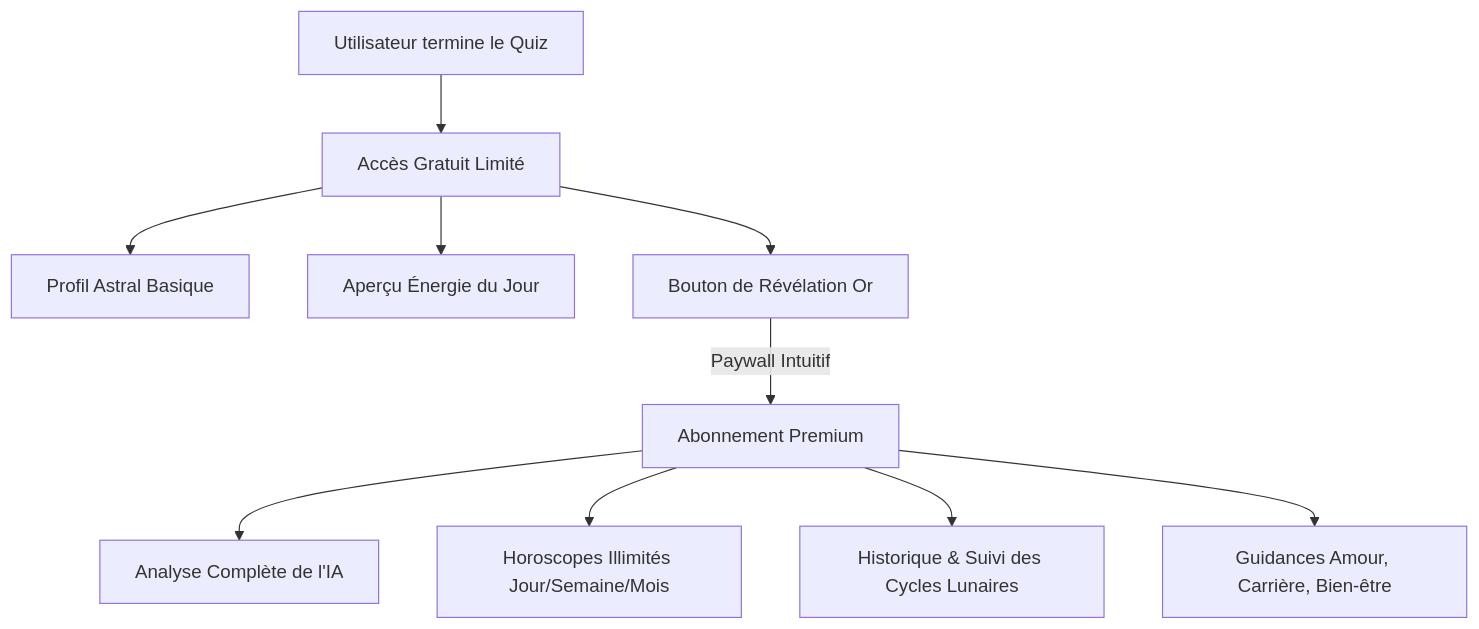
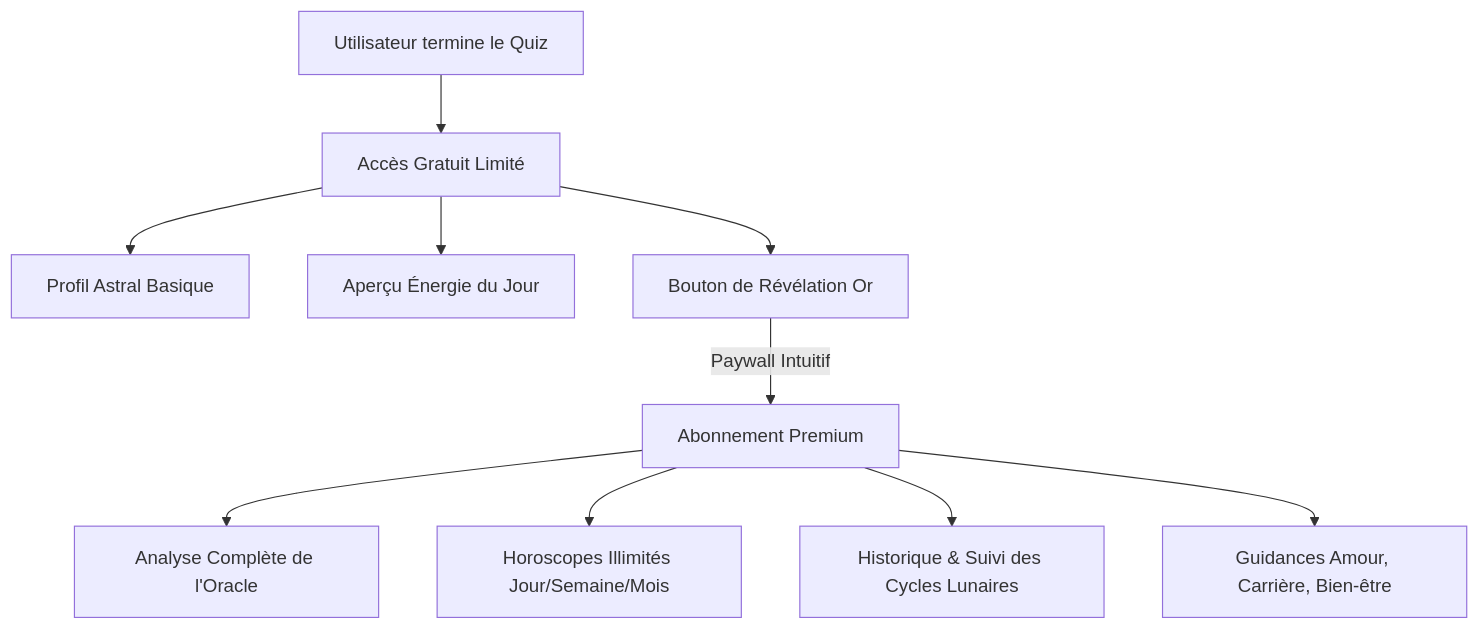
One commit to MelDennis1992/MoonAstro changed the fourth of 6 diagrams in productdesign.md. Above: the diagram before and after it, drawn with Mermaid. The commit also changed other lines of this file and 10 other files, not shown here.

````diff
--- a/productdesign.md
+++ b/productdesign.md
@@ -181,12 +181,12 @@
 ```mermaid
 graph TD
     A[Utilisateur termine le Quiz] --> B[Accès Gratuit Limité]
     B --> C[Profil Astral Basique]
     B --> D[Aperçu Énergie du Jour]
     B --> E[Bouton de Révélation Or]
     E -->|Paywall Intuitif| F[Abonnement Premium]
-    F --> G[Analyse Complète de l'IA]
+    F --> G[Analyse Complète de l'Oracle]
     F --> H[Horoscopes Illimités Jour/Semaine/Mois]
     F --> I[Historique & Suivi des Cycles Lunaires]
     F --> J[Guidances Amour, Carrière, Bien-être]
 ```
````
